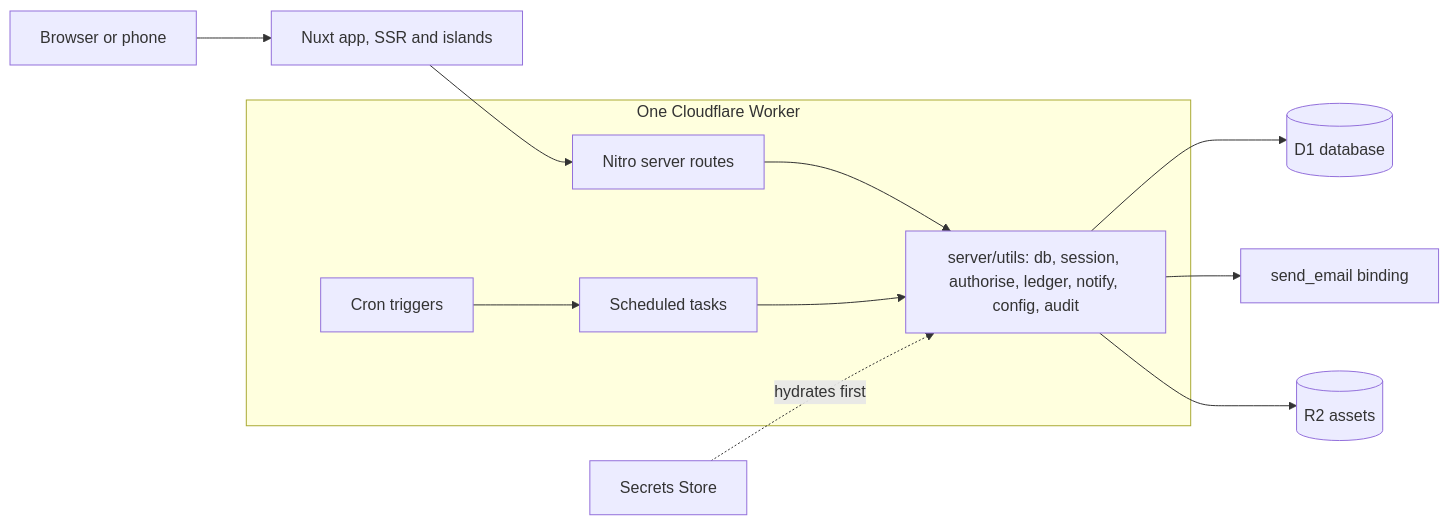
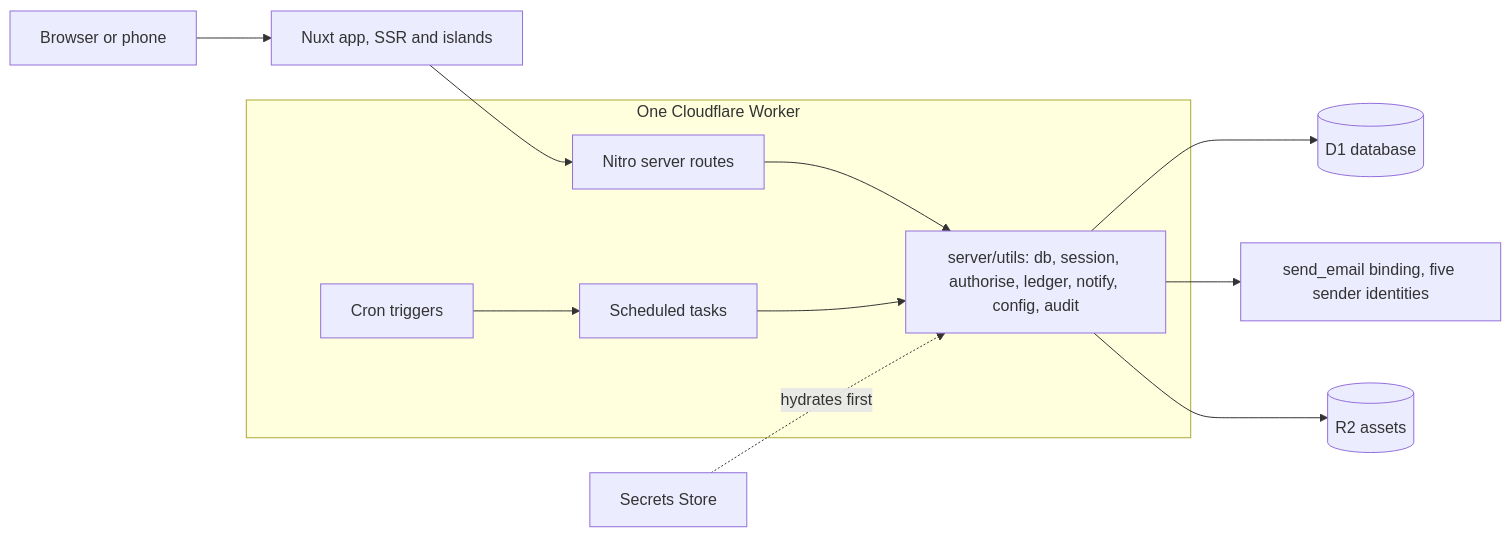
One commit to newtheatre/proscenium changed the first of 2 diagrams in docs/architecture.md. Above: the diagram before and after it, drawn with Mermaid. The commit also changed other lines of this file and 6 other files, not shown here.

````diff
--- a/docs/architecture.md
+++ b/docs/architecture.md
@@ -15,13 +17,13 @@
 ```mermaid
 flowchart LR
   B[Browser or phone] --> N[Nuxt app, SSR and islands]
   N --> API[Nitro server routes]
   subgraph W[One Cloudflare Worker]
     API --> CORE[server/utils: db, session, authorise, ledger, notify, config, audit]
     CRON[Cron triggers] --> TASKS[Scheduled tasks] --> CORE
   end
   CORE --> D1[(D1 database)]
-  CORE --> MAIL[send_email binding]
+  CORE --> MAIL[send_email binding, five sender identities]
   CORE --> R2[(R2 assets)]
   SS[Secrets Store] -.hydrates first.-> CORE
 ```
````
